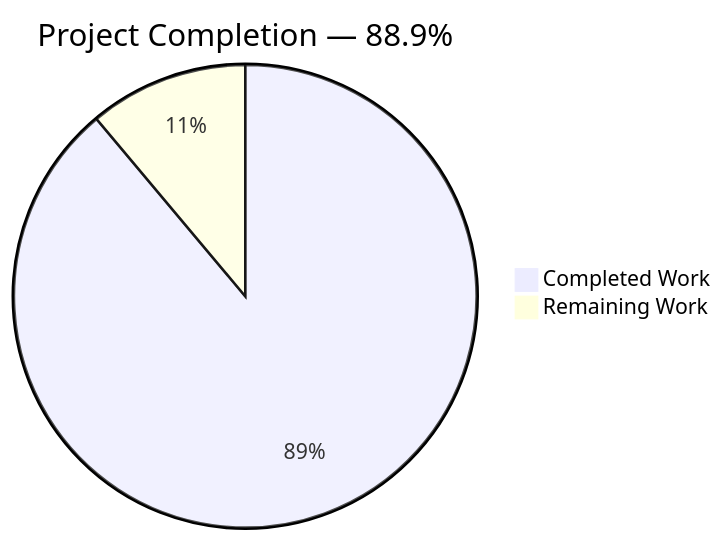
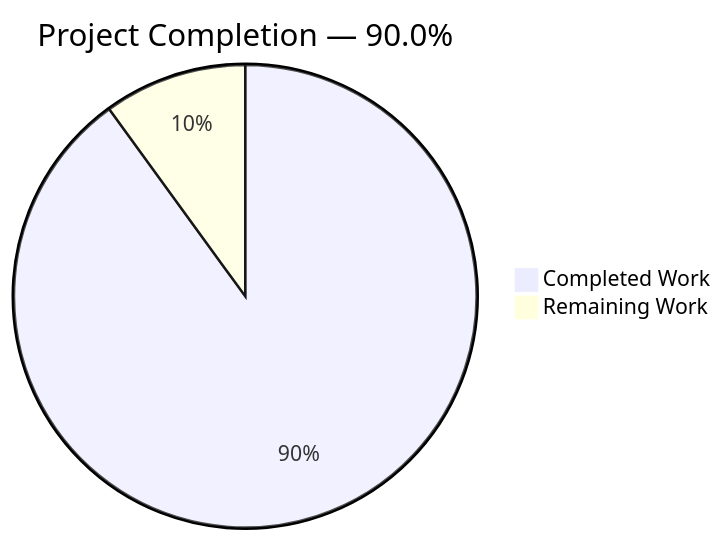
One commit to blitzy-build-in-public/bip-np6--email-notifications-a473e849 changed the first of 2 diagrams in blitzy/documentation/Project Guide - 98546d67-bcbc-496e-8350-5416485dd5ef.md. Above: the diagram before and after it, drawn with Mermaid. The commit also changed other lines of this file, not shown here.

Commit message:
Adding Blitzy Project Guide: Project Status and Human Tasks Remaining

````diff
--- a/blitzy/documentation/Project Guide - 98546d67-bcbc-496e-8350-5416485dd5ef.md
+++ b/blitzy/documentation/Project Guide - 98546d67-bcbc-496e-8350-5416485dd5ef.md
@@ -11,5 +11,5 @@
 ```mermaid
-pie title Project Completion — 88.9%
-    "Completed Work" : 8
+pie title Project Completion — 90.0%
+    "Completed Work" : 9
     "Remaining Work" : 1
 ```
````
